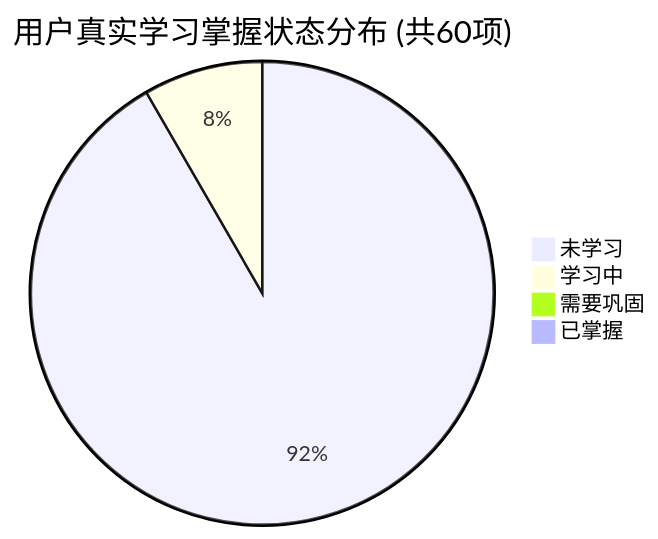
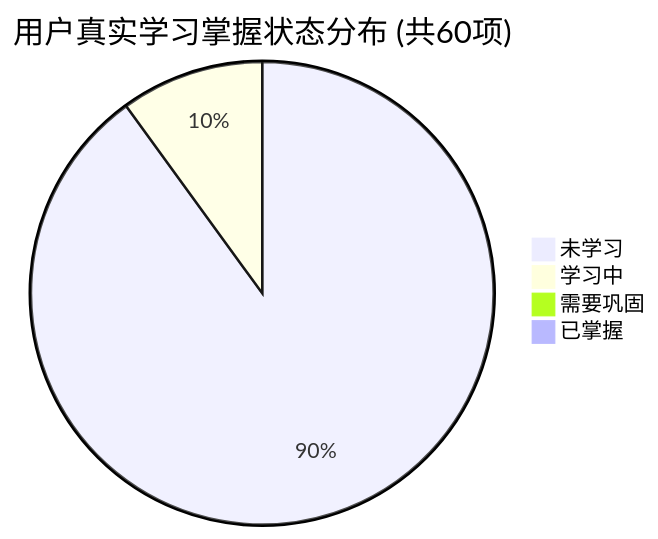
One commit to tieke1121/tech-interview-knowledge-base changed the first of 2 diagrams in PROGRESS.md. Above: the diagram before and after it, drawn with Mermaid. The commit also changed other lines of this file and 1 other file, not shown here.

````diff
--- a/PROGRESS.md
+++ b/PROGRESS.md
@@ -27,7 +27,7 @@
 ```mermaid
 pie title 用户真实学习掌握状态分布 (共60项)
-    "未学习" : 55
-    "学习中" : 5
+    "未学习" : 54
+    "学习中" : 6
     "需要巩固" : 0
     "已掌握" : 0
 ```
````
